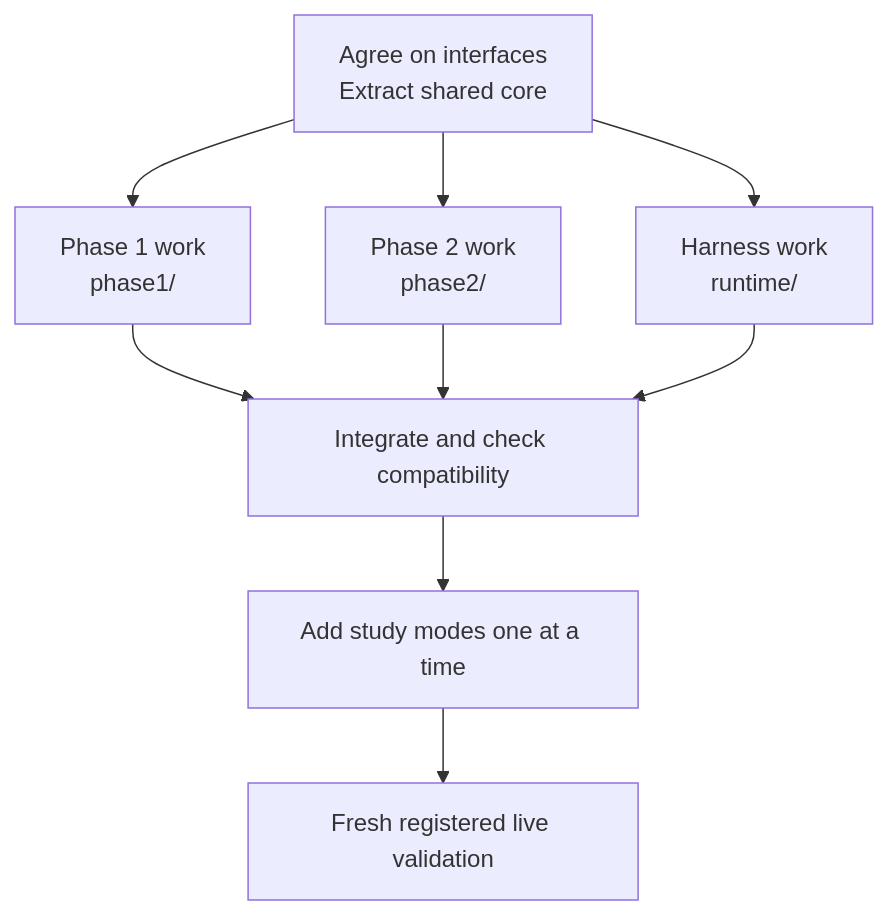
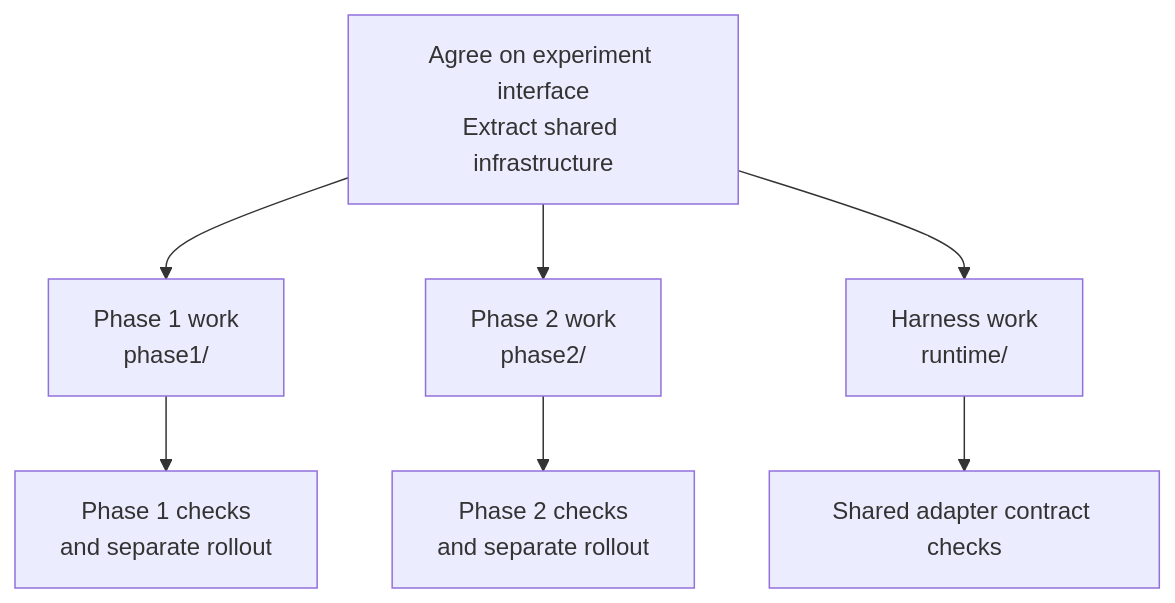
The fourth of 5 diagrams in docs/architecture/shared-core-and-phases.md (AI4Collaboration/SwarmHarm), drawn with Mermaid before and after one commit. The commit also changed other lines of this file and 3 other files, not shown here.

Commit message:
Design Phase 2 as an independent experiment using shared infrastructure

````diff
--- a/docs/architecture/shared-core-and-phases.md
+++ b/docs/architecture/shared-core-and-phases.md
@@ -108,11 +89,9 @@
 ```mermaid
 flowchart TB
-    I["Agree on interfaces<br/>Extract shared core"] --> P1["Phase 1 work<br/>phase1/"]
+    I["Agree on experiment interface<br/>Extract shared infrastructure"] --> P1["Phase 1 work<br/>phase1/"]
     I --> P2["Phase 2 work<br/>phase2/"]
     I --> H["Harness work<br/>runtime/"]
-    P1 --> T["Integrate and check compatibility"]
-    P2 --> T
-    H --> T
-    T --> M["Add study modes one at a time"]
-    M --> V["Fresh registered live validation"]
+    P1 --> T1["Phase 1 checks<br/>and separate rollout"]
+    P2 --> T2["Phase 2 checks<br/>and separate rollout"]
+    H --> TH["Shared adapter contract checks"]
 ```
````
